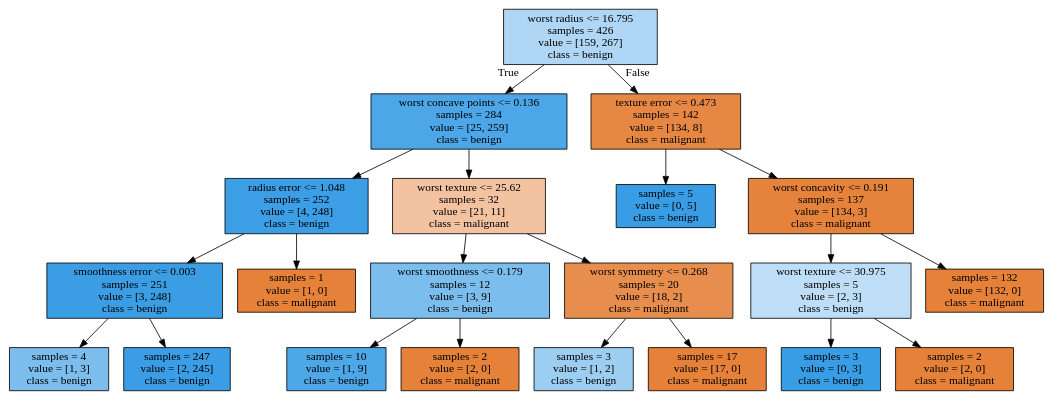
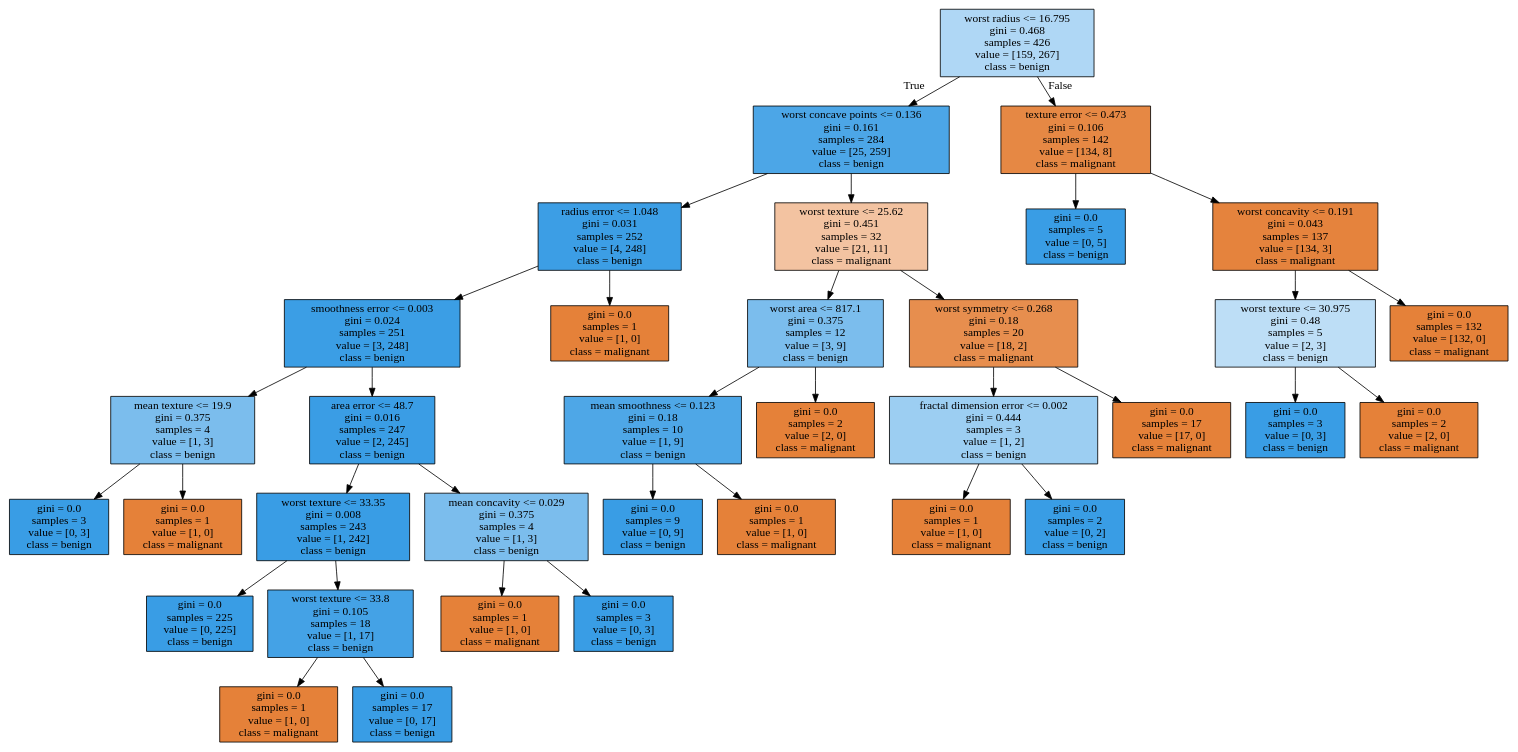
Before and after one commit to amueller/introduction_to_ml_with_python: the diagram in tree.dot, drawn with Graphviz. The commit also changed 1 other file, not shown here.

```diff
--- a/tree.dot
+++ b/tree.dot
@@ -1,44 +1,72 @@
 digraph Tree {
 node [shape=box, style="filled", color="black"] ;
-0 [label="worst radius <= 16.795\nsamples = 426\nvalue = [159, 267]\nclass = benign", fillcolor="#399de567"] ;
-1 [label="worst concave points <= 0.136\nsamples = 284\nvalue = [25, 259]\nclass = benign", fillcolor="#399de5e6"] ;
+0 [label="worst radius <= 16.795\ngini = 0.468\nsamples = 426\nvalue = [159, 267]\nclass = benign", fillcolor="#399de567"] ;
+1 [label="worst concave points <= 0.136\ngini = 0.161\nsamples = 284\nvalue = [25, 259]\nclass = benign", fillcolor="#399de5e6"] ;
 0 -> 1 [labeldistance=2.5, labelangle=45, headlabel="True"] ;
-2 [label="radius error <= 1.048\nsamples = 252\nvalue = [4, 248]\nclass = benign", fillcolor="#399de5fb"] ;
+2 [label="radius error <= 1.048\ngini = 0.031\nsamples = 252\nvalue = [4, 248]\nclass = benign", fillcolor="#399de5fb"] ;
 1 -> 2 ;
-3 [label="smoothness error <= 0.003\nsamples = 251\nvalue = [3, 248]\nclass = benign", fillcolor="#399de5fc"] ;
+3 [label="smoothness error <= 0.003\ngini = 0.024\nsamples = 251\nvalue = [3, 248]\nclass = benign", fillcolor="#399de5fc"] ;
 2 -> 3 ;
-4 [label="samples = 4\nvalue = [1, 3]\nclass = benign", fillcolor="#399de5aa"] ;
+4 [label="mean texture <= 19.9\ngini = 0.375\nsamples = 4\nvalue = [1, 3]\nclass = benign", fillcolor="#399de5aa"] ;
 3 -> 4 ;
-5 [label="samples = 247\nvalue = [2, 245]\nclass = benign", fillcolor="#399de5fd"] ;
-3 -> 5 ;
-6 [label="samples = 1\nvalue = [1, 0]\nclass = malignant", fillcolor="#e58139ff"] ;
-2 -> 6 ;
-7 [label="worst texture <= 25.62\nsamples = 32\nvalue = [21, 11]\nclass = malignant", fillcolor="#e5813979"] ;
-1 -> 7 ;
-8 [label="worst smoothness <= 0.179\nsamples = 12\nvalue = [3, 9]\nclass = benign", fillcolor="#399de5aa"] ;
+5 [label="gini = 0.0\nsamples = 3\nvalue = [0, 3]\nclass = benign", fillcolor="#399de5ff"] ;
+4 -> 5 ;
+6 [label="gini = 0.0\nsamples = 1\nvalue = [1, 0]\nclass = malignant", fillcolor="#e58139ff"] ;
+4 -> 6 ;
+7 [label="area error <= 48.7\ngini = 0.016\nsamples = 247\nvalue = [2, 245]\nclass = benign", fillcolor="#399de5fd"] ;
+3 -> 7 ;
+8 [label="worst texture <= 33.35\ngini = 0.008\nsamples = 243\nvalue = [1, 242]\nclass = benign", fillcolor="#399de5fe"] ;
 7 -> 8 ;
-9 [label="samples = 10\nvalue = [1, 9]\nclass = benign", fillcolor="#399de5e3"] ;
+9 [label="gini = 0.0\nsamples = 225\nvalue = [0, 225]\nclass = benign", fillcolor="#399de5ff"] ;
 8 -> 9 ;
-10 [label="samples = 2\nvalue = [2, 0]\nclass = malignant", fillcolor="#e58139ff"] ;
+10 [label="worst texture <= 33.8\ngini = 0.105\nsamples = 18\nvalue = [1, 17]\nclass = benign", fillcolor="#399de5f0"] ;
 8 -> 10 ;
-11 [label="worst symmetry <= 0.268\nsamples = 20\nvalue = [18, 2]\nclass = malignant", fillcolor="#e58139e3"] ;
-7 -> 11 ;
-12 [label="samples = 3\nvalue = [1, 2]\nclass = benign", fillcolor="#399de57f"] ;
-11 -> 12 ;
-13 [label="samples = 17\nvalue = [17, 0]\nclass = malignant", fillcolor="#e58139ff"] ;
-11 -> 13 ;
-14 [label="texture error <= 0.473\nsamples = 142\nvalue = [134, 8]\nclass = malignant", fillcolor="#e58139f0"] ;
-0 -> 14 [labeldistance=2.5, labelangle=-45, headlabel="False"] ;
-15 [label="samples = 5\nvalue = [0, 5]\nclass = benign", fillcolor="#399de5ff"] ;
-14 -> 15 ;
-16 [label="worst concavity <= 0.191\nsamples = 137\nvalue = [134, 3]\nclass = malignant", fillcolor="#e58139f9"] ;
-14 -> 16 ;
-17 [label="worst texture <= 30.975\nsamples = 5\nvalue = [2, 3]\nclass = benign", fillcolor="#399de555"] ;
-16 -> 17 ;
-18 [label="samples = 3\nvalue = [0, 3]\nclass = benign", fillcolor="#399de5ff"] ;
+11 [label="gini = 0.0\nsamples = 1\nvalue = [1, 0]\nclass = malignant", fillcolor="#e58139ff"] ;
+10 -> 11 ;
+12 [label="gini = 0.0\nsamples = 17\nvalue = [0, 17]\nclass = benign", fillcolor="#399de5ff"] ;
+10 -> 12 ;
+13 [label="mean concavity <= 0.029\ngini = 0.375\nsamples = 4\nvalue = [1, 3]\nclass = benign", fillcolor="#399de5aa"] ;
+7 -> 13 ;
+14 [label="gini = 0.0\nsamples = 1\nvalue = [1, 0]\nclass = malignant", fillcolor="#e58139ff"] ;
+13 -> 14 ;
+15 [label="gini = 0.0\nsamples = 3\nvalue = [0, 3]\nclass = benign", fillcolor="#399de5ff"] ;
+13 -> 15 ;
+16 [label="gini = 0.0\nsamples = 1\nvalue = [1, 0]\nclass = malignant", fillcolor="#e58139ff"] ;
+2 -> 16 ;
+17 [label="worst texture <= 25.62\ngini = 0.451\nsamples = 32\nvalue = [21, 11]\nclass = malignant", fillcolor="#e5813979"] ;
+1 -> 17 ;
+18 [label="worst area <= 817.1\ngini = 0.375\nsamples = 12\nvalue = [3, 9]\nclass = benign", fillcolor="#399de5aa"] ;
 17 -> 18 ;
-19 [label="samples = 2\nvalue = [2, 0]\nclass = malignant", fillcolor="#e58139ff"] ;
-17 -> 19 ;
-20 [label="samples = 132\nvalue = [132, 0]\nclass = malignant", fillcolor="#e58139ff"] ;
-16 -> 20 ;
+19 [label="mean smoothness <= 0.123\ngini = 0.18\nsamples = 10\nvalue = [1, 9]\nclass = benign", fillcolor="#399de5e3"] ;
+18 -> 19 ;
+20 [label="gini = 0.0\nsamples = 9\nvalue = [0, 9]\nclass = benign", fillcolor="#399de5ff"] ;
+19 -> 20 ;
+21 [label="gini = 0.0\nsamples = 1\nvalue = [1, 0]\nclass = malignant", fillcolor="#e58139ff"] ;
+19 -> 21 ;
+22 [label="gini = 0.0\nsamples = 2\nvalue = [2, 0]\nclass = malignant", fillcolor="#e58139ff"] ;
+18 -> 22 ;
+23 [label="worst symmetry <= 0.268\ngini = 0.18\nsamples = 20\nvalue = [18, 2]\nclass = malignant", fillcolor="#e58139e3"] ;
+17 -> 23 ;
+24 [label="fractal dimension error <= 0.002\ngini = 0.444\nsamples = 3\nvalue = [1, 2]\nclass = benign", fillcolor="#399de57f"] ;
+23 -> 24 ;
+25 [label="gini = 0.0\nsamples = 1\nvalue = [1, 0]\nclass = malignant", fillcolor="#e58139ff"] ;
+24 -> 25 ;
+26 [label="gini = 0.0\nsamples = 2\nvalue = [0, 2]\nclass = benign", fillcolor="#399de5ff"] ;
+24 -> 26 ;
+27 [label="gini = 0.0\nsamples = 17\nvalue = [17, 0]\nclass = malignant", fillcolor="#e58139ff"] ;
+23 -> 27 ;
+28 [label="texture error <= 0.473\ngini = 0.106\nsamples = 142\nvalue = [134, 8]\nclass = malignant", fillcolor="#e58139f0"] ;
+0 -> 28 [labeldistance=2.5, labelangle=-45, headlabel="False"] ;
+29 [label="gini = 0.0\nsamples = 5\nvalue = [0, 5]\nclass = benign", fillcolor="#399de5ff"] ;
+28 -> 29 ;
+30 [label="worst concavity <= 0.191\ngini = 0.043\nsamples = 137\nvalue = [134, 3]\nclass = malignant", fillcolor="#e58139f9"] ;
+28 -> 30 ;
+31 [label="worst texture <= 30.975\ngini = 0.48\nsamples = 5\nvalue = [2, 3]\nclass = benign", fillcolor="#399de555"] ;
+30 -> 31 ;
+32 [label="gini = 0.0\nsamples = 3\nvalue = [0, 3]\nclass = benign", fillcolor="#399de5ff"] ;
+31 -> 32 ;
+33 [label="gini = 0.0\nsamples = 2\nvalue = [2, 0]\nclass = malignant", fillcolor="#e58139ff"] ;
+31 -> 33 ;
+34 [label="gini = 0.0\nsamples = 132\nvalue = [132, 0]\nclass = malignant", fillcolor="#e58139ff"] ;
+30 -> 34 ;
 }
```
